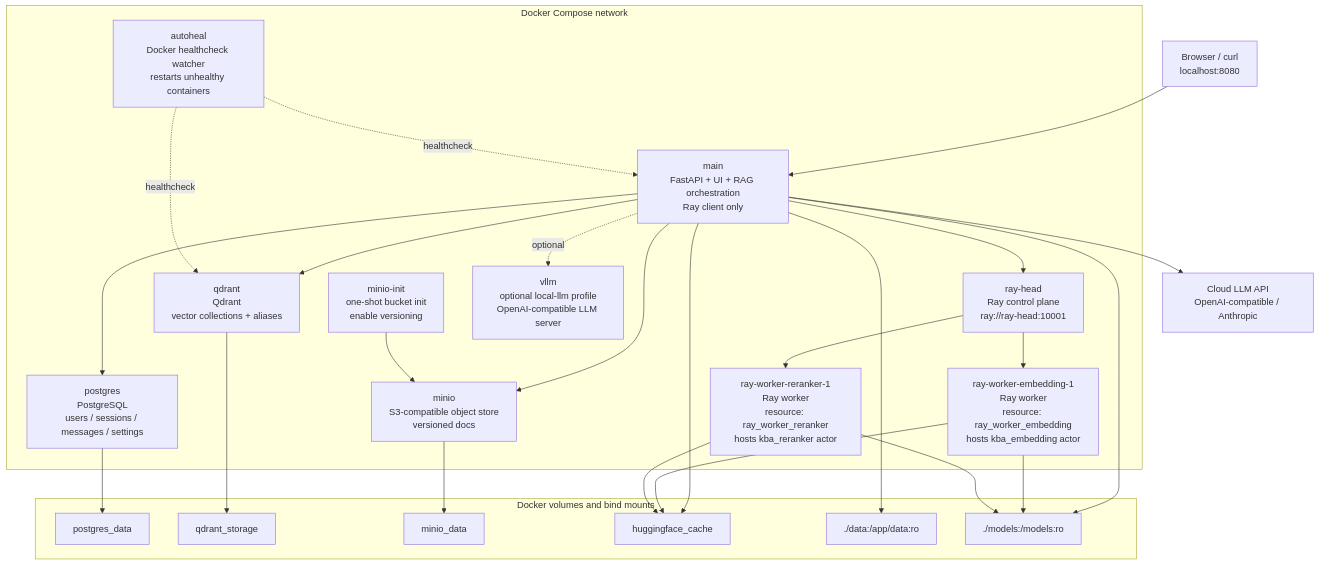
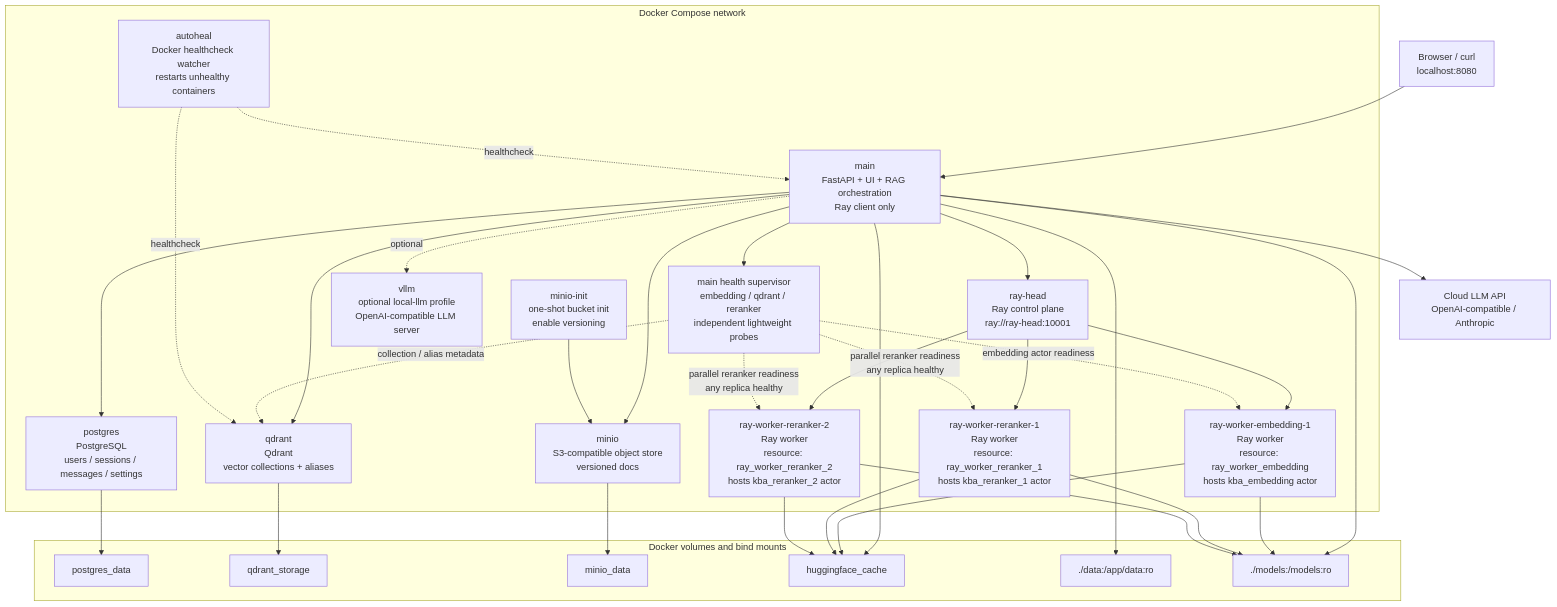
One commit to XingjiaYang/Knowledge-Base-Assistant changed the first of 4 diagrams in readme.md. Above: the diagram before and after it, drawn with Mermaid. The commit also changed other lines of this file and 10 other files, not shown here.

Commit message:
Add reranker replica failover

````diff
--- a/readme.md
+++ b/readme.md
@@ -225,49 +226,59 @@
 ```mermaid
 flowchart TD
     User["Browser / curl<br/>localhost:8080"] --> Main["main<br/>FastAPI + UI + RAG orchestration<br/>Ray client only"]
 
     subgraph Compose["Docker Compose network"]
         Main
         PG["postgres<br/>PostgreSQL<br/>users / sessions / messages / settings"]
         Qdrant["qdrant<br/>Qdrant<br/>vector collections + aliases"]
         MinIO["minio<br/>S3-compatible object store<br/>versioned docs"]
         MinIOInit["minio-init<br/>one-shot bucket init<br/>enable versioning"]
         RayHead["ray-head<br/>Ray control plane<br/>ray://ray-head:10001"]
         EmbedWorker["ray-worker-embedding-1<br/>Ray worker<br/>resource: ray_worker_embedding<br/>hosts kba_embedding actor"]
-        RerankWorker["ray-worker-reranker-1<br/>Ray worker<br/>resource: ray_worker_reranker<br/>hosts kba_reranker actor"]
+        RerankWorker1["ray-worker-reranker-1<br/>Ray worker<br/>resource: ray_worker_reranker_1<br/>hosts kba_reranker_1 actor"]
+        RerankWorker2["ray-worker-reranker-2<br/>Ray worker<br/>resource: ray_worker_reranker_2<br/>hosts kba_reranker_2 actor"]
+        HealthSupervisor["main health supervisor<br/>embedding / qdrant / reranker<br/>independent lightweight probes"]
         Autoheal["autoheal<br/>Docker healthcheck watcher<br/>restarts unhealthy containers"]
         VLLM["vllm<br/>optional local-llm profile<br/>OpenAI-compatible LLM server"]
     end
 
     Main --> PG
     Main --> Qdrant
     Main --> MinIO
     Main --> RayHead
     MinIOInit --> MinIO
     RayHead --> EmbedWorker
-    RayHead --> RerankWorker
+    RayHead --> RerankWorker1
+    RayHead --> RerankWorker2
+    Main --> HealthSupervisor
+    HealthSupervisor -. "collection / alias metadata" .-> Qdrant
+    HealthSupervisor -. "embedding actor readiness" .-> EmbedWorker
+    HealthSupervisor -. "parallel reranker readiness<br/>any replica healthy" .-> RerankWorker1
+    HealthSupervisor -. "parallel reranker readiness<br/>any replica healthy" .-> RerankWorker2
     Autoheal -. healthcheck .-> Main
     Autoheal -. healthcheck .-> Qdrant
     Main -. optional .-> VLLM
     Main --> CloudLLM["Cloud LLM API<br/>OpenAI-compatible / Anthropic"]
 
     subgraph Volumes["Docker volumes and bind mounts"]
         PGVol["postgres_data"]
         QVol["qdrant_storage"]
         S3Vol["minio_data"]
         HFVol["huggingface_cache"]
         DataBind["./data:/app/data:ro"]
         ModelsBind["./models:/models:ro"]
     end
 
     PG --> PGVol
     Qdrant --> QVol
     MinIO --> S3Vol
     Main --> DataBind
     Main --> HFVol
     Main --> ModelsBind
     EmbedWorker --> HFVol
     EmbedWorker --> ModelsBind
-    RerankWorker --> HFVol
-    RerankWorker --> ModelsBind
+    RerankWorker1 --> HFVol
+    RerankWorker1 --> ModelsBind
+    RerankWorker2 --> HFVol
+    RerankWorker2 --> ModelsBind
 ```
````
